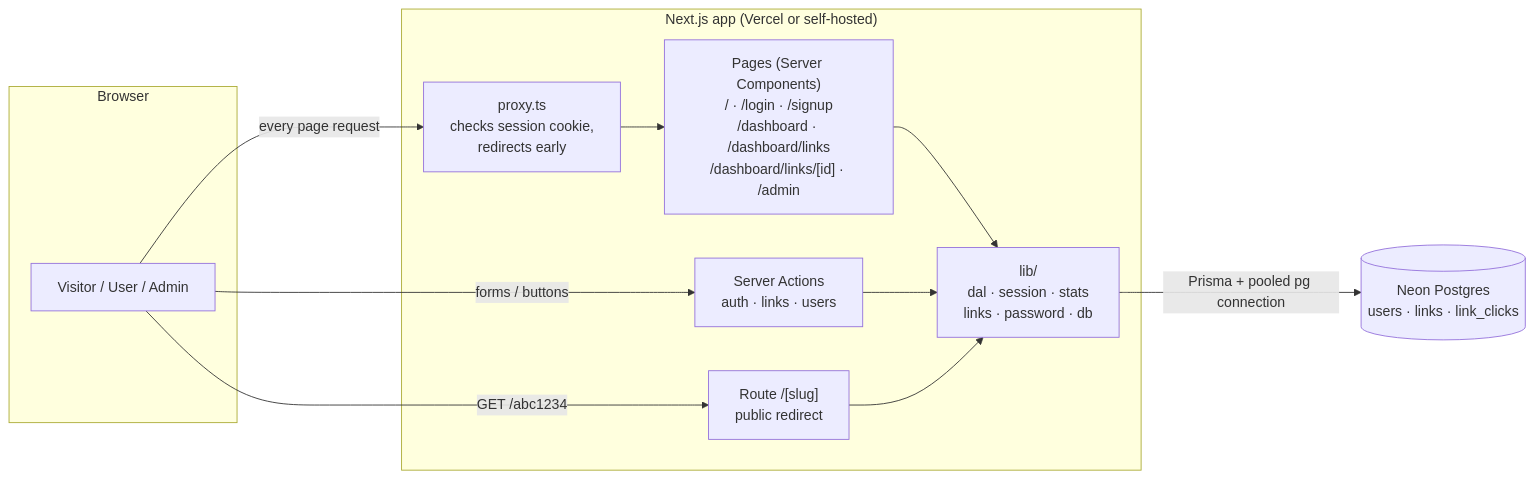
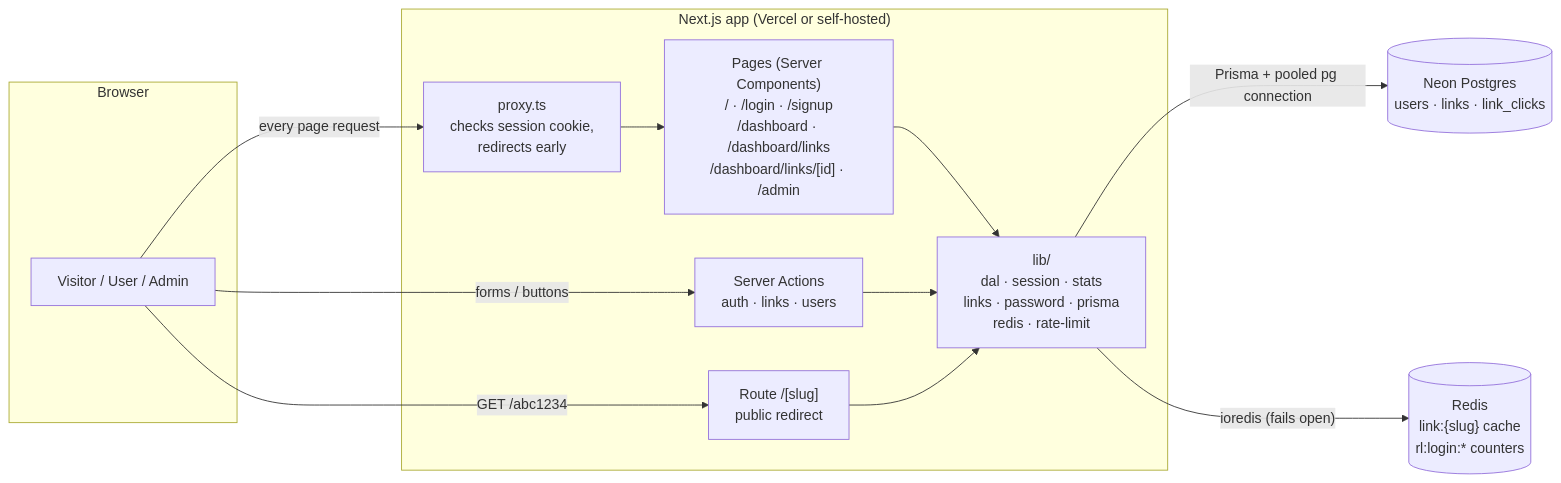
One commit to manku31/shrink changed the first of 4 diagrams in README.md. Above: the diagram before and after it, drawn with Mermaid. The commit also changed other lines of this file, not shown here.

Commit message:
docs: update README to include Redis caching and login rate limiting details

````diff
--- a/README.md
+++ b/README.md
@@ -28,25 +28,27 @@
 ```mermaid
 flowchart LR
     subgraph Browser
       V[Visitor / User / Admin]
     end
 
     subgraph Next["Next.js app (Vercel or self-hosted)"]
       P["proxy.ts<br/>checks session cookie,<br/>redirects early"]
       PG["Pages (Server Components)<br/>/ · /login · /signup<br/>/dashboard · /dashboard/links<br/>/dashboard/links/[id] · /admin"]
       SA["Server Actions<br/>auth · links · users"]
       RT["Route /[slug]<br/>public redirect"]
-      LIB["lib/<br/>dal · session · stats<br/>links · password · db"]
+      LIB["lib/<br/>dal · session · stats<br/>links · password · prisma<br/>redis · rate-limit"]
     end
 
     DB[("Neon Postgres<br/>users · links · link_clicks")]
+    RD[("Redis<br/>link:{slug} cache<br/>rl:login:* counters")]
 
     V -->|every page request| P
     P --> PG
     V -->|forms / buttons| SA
     V -->|GET /abc1234| RT
     PG --> LIB
     SA --> LIB
     RT --> LIB
     LIB -->|"Prisma + pooled pg connection"| DB
+    LIB -->|"ioredis (fails open)"| RD
 ```
````
